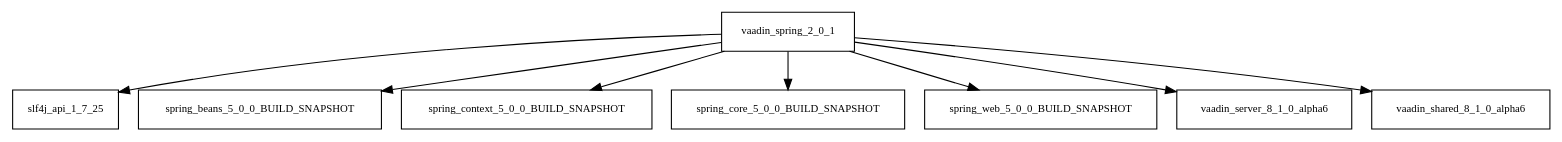
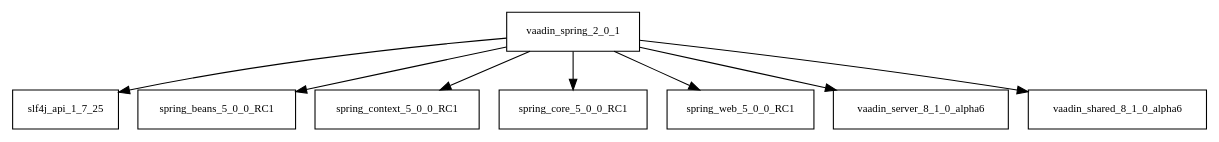
The diagram in tattleTaleReport/graphviz/vaadin-spring-2.0.1.jar/vaadin-spring-2.0.1.jar.dot (AglaianWoman/cia), drawn with Graphviz before and after one commit. The commit also changed 1892 other files, not shown here.

```diff
--- a/tattleTaleReport/graphviz/vaadin-spring-2.0.1.jar/vaadin-spring-2.0.1.jar.dot
+++ b/tattleTaleReport/graphviz/vaadin-spring-2.0.1.jar/vaadin-spring-2.0.1.jar.dot
@@ -1,10 +1,10 @@
 digraph vaadin_spring_2_0_1_dependencies {
   node [shape = box, fontsize=10.0];
   vaadin_spring_2_0_1 -> slf4j_api_1_7_25;
-  vaadin_spring_2_0_1 -> spring_beans_5_0_0_BUILD_SNAPSHOT;
-  vaadin_spring_2_0_1 -> spring_context_5_0_0_BUILD_SNAPSHOT;
-  vaadin_spring_2_0_1 -> spring_core_5_0_0_BUILD_SNAPSHOT;
-  vaadin_spring_2_0_1 -> spring_web_5_0_0_BUILD_SNAPSHOT;
+  vaadin_spring_2_0_1 -> spring_beans_5_0_0_RC1;
+  vaadin_spring_2_0_1 -> spring_context_5_0_0_RC1;
+  vaadin_spring_2_0_1 -> spring_core_5_0_0_RC1;
+  vaadin_spring_2_0_1 -> spring_web_5_0_0_RC1;
   vaadin_spring_2_0_1 -> vaadin_server_8_1_0_alpha6;
   vaadin_spring_2_0_1 -> vaadin_shared_8_1_0_alpha6;
 }
```
